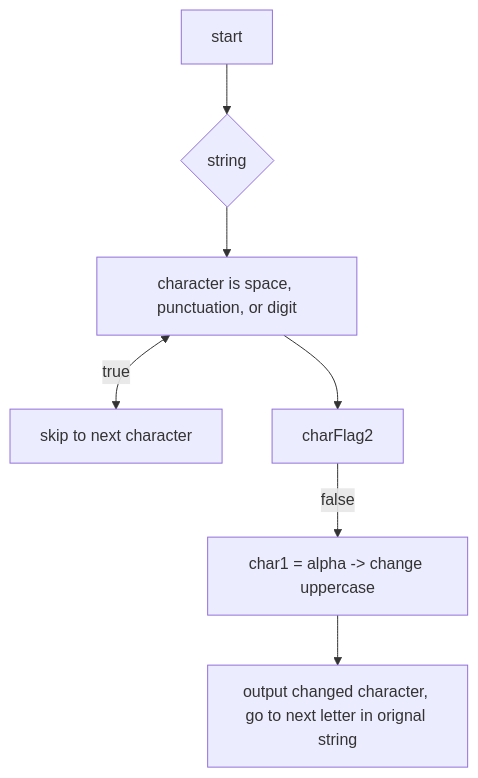
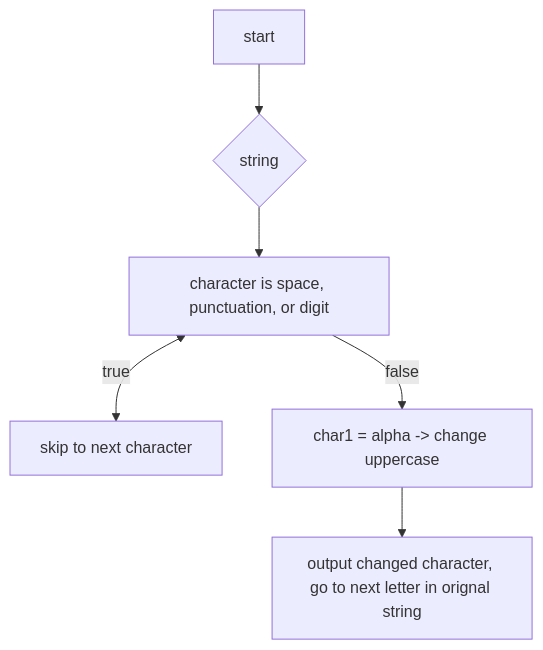
The diagram in chapter4/mytitle-flow.mmd (DatBoiBeRolling/C-plus-plus), drawn with Mermaid before and after one commit.

Commit message:
chapter4

```diff
--- a/chapter4/mytitle-flow.mmd
+++ b/chapter4/mytitle-flow.mmd
@@ -1,9 +1,8 @@
 flowchart TD
 
 	mystart[start]
 	mystart --> input{string}
 	input --> charFlag1[character is space, punctuation, or digit]
 	charFlag1 <--> |true| res1[skip to next character]
-	charFlag1 --> charFlag2
-	charFlag2 --> |false| res2[char1 = alpha -> change uppercase]
+	charFlag1 --> |false| res2[char1 = alpha -> change uppercase]
 	res2 --> out1[output changed character, go to next letter in orignal string]
```
